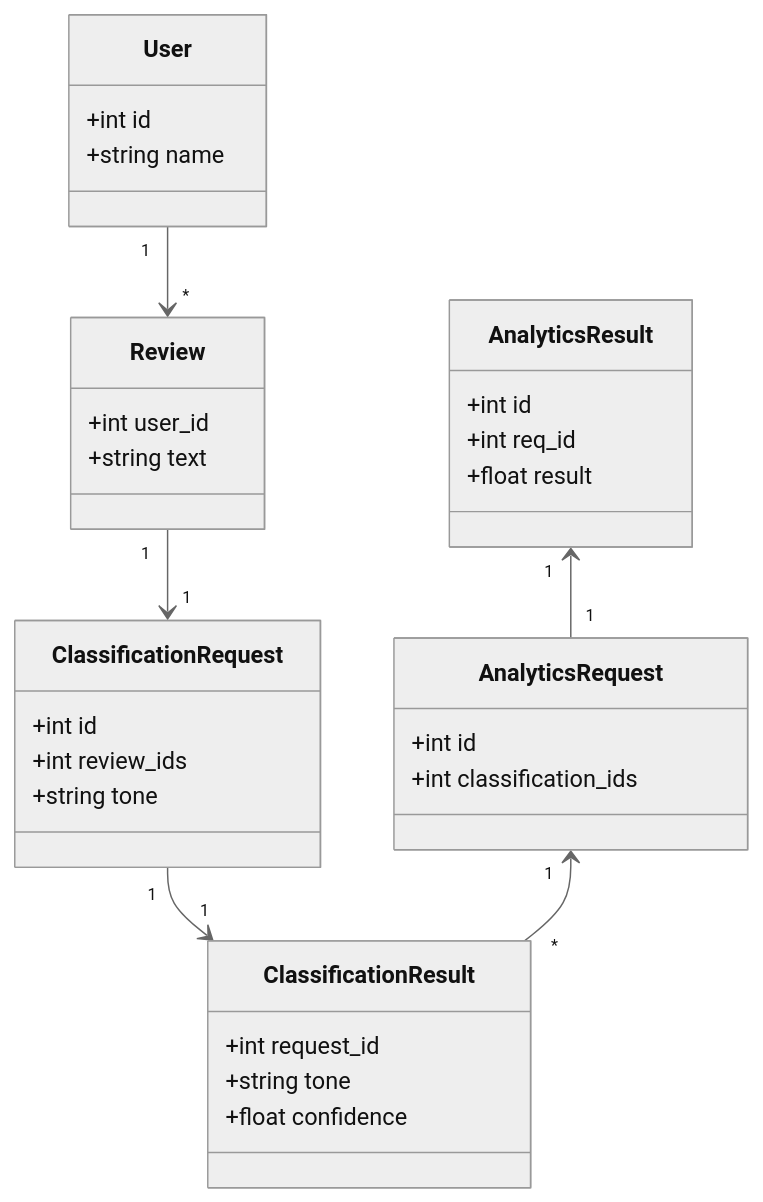
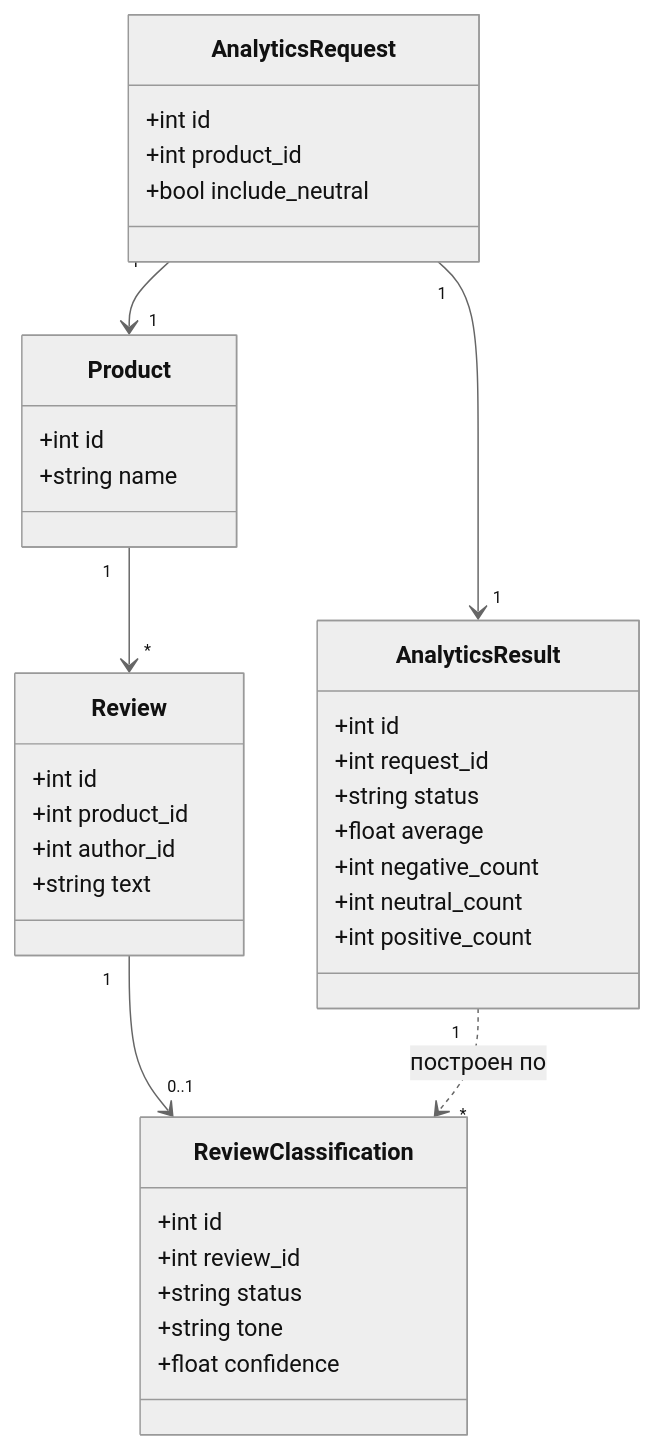
Before and after one commit to MiLiahkim00000101/docs-as-code: the second of 2 diagrams in docs/project/diagrams.md, drawn with Mermaid (neutral theme). The commit also changed other lines of this file and 3 other files, not shown here.

````diff
--- a/docs/project/diagrams.md
+++ b/docs/project/diagrams.md
@@ -30,46 +43,44 @@
 ```mermaid
 classDiagram
-
-    class User {
+    class Product {
         +int id
         +string name
     }
 
     class Review {
-        +int user_id
+        +int id
+        +int product_id
+        +int author_id
         +string text
     }
 
-    class ClassificationRequest {
+    class ReviewClassification {
         +int id
-        +int review_ids
-        +string tone
-    }
-
-    class ClassificationResult {
-        +int request_id
+        +int review_id
+        +string status
         +string tone
         +float confidence
     }
 
     class AnalyticsRequest {
         +int id
-        +int classification_ids
+        +int product_id
+        +bool include_neutral
     }
 
     class AnalyticsResult {
         +int id
-        +int req_id
-        +float result
+        +int request_id
+        +string status
+        +float average
+        +int negative_count
+        +int neutral_count
+        +int positive_count
     }
 
-    User "1" --> "*" Review
-    Review "1" --> "1" ClassificationRequest
-    ClassificationRequest "1" --> "1" ClassificationResult
-    AnalyticsRequest "1" <-- "*" ClassificationResult
-    AnalyticsResult "1" <-- "1" AnalyticsRequest
-
-
-
-
+    Product "1" --> "*" Review
+    Review "1" --> "0..1" ReviewClassification
+    AnalyticsRequest "1" --> "1" Product
+    AnalyticsRequest "1" --> "1" AnalyticsResult
+    AnalyticsResult "1" ..> "*" ReviewClassification : построен по
 ```
````
